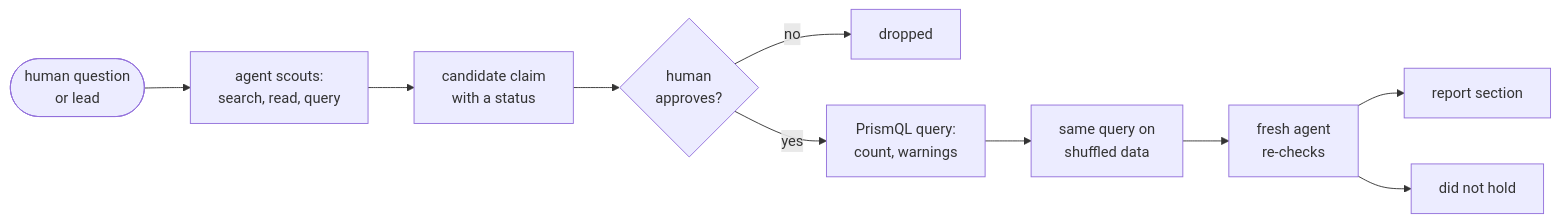
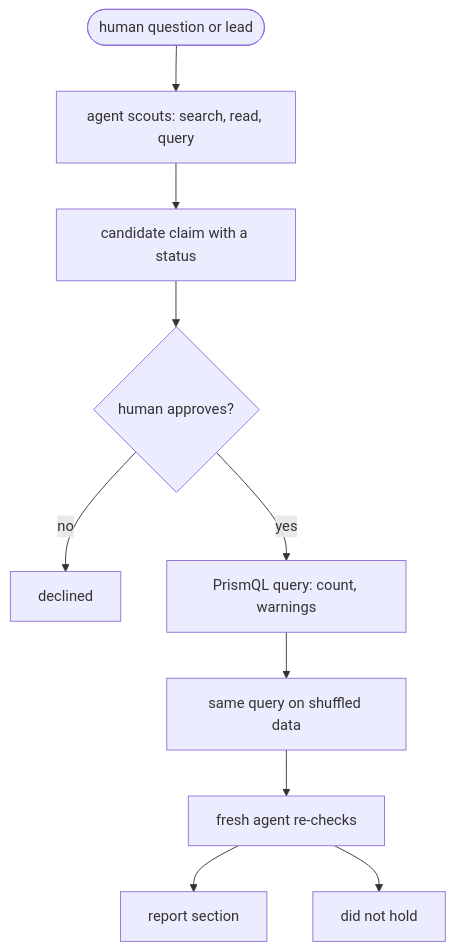
One commit to mechanicpanic/swarmchasing changed the diagram in README.md. Above: the diagram before and after it, drawn with Mermaid.

Commit message:
docs: README workflow diagram top-down, so GitHub's zoom controls do not cover it
Claude-Session: https://claude.ai/code/session_01ANHmYvVjdCqDyCabCoP3jf

````diff
--- a/README.md
+++ b/README.md
@@ -32,12 +32,12 @@
 ```mermaid
-flowchart LR
-  H1([human question<br/>or lead]) --> S[agent scouts:<br/>search, read, query]
-  S --> C[candidate claim<br/>with a status]
-  C --> A{human<br/>approves?}
-  A -- no --> X[dropped]
-  A -- yes --> Q[PrismQL query:<br/>count, warnings]
-  Q --> N[same query on<br/>shuffled data]
-  N --> V[fresh agent<br/>re-checks]
+flowchart TD
+  H1([human question or lead]) --> S[agent scouts: search, read, query]
+  S --> C[candidate claim with a status]
+  C --> A{human approves?}
+  A -- no --> X[declined]
+  A -- yes --> Q[PrismQL query: count, warnings]
+  Q --> N[same query on shuffled data]
+  N --> V[fresh agent re-checks]
   V --> R[report section]
   V --> D[did not hold]
 ```
````
